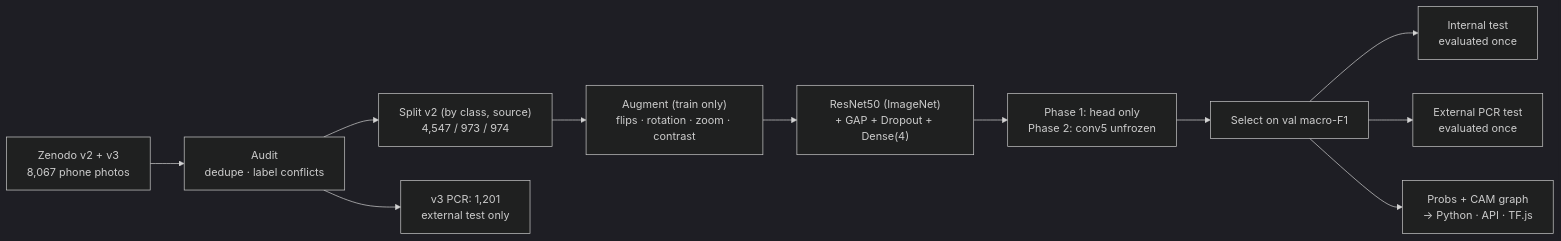
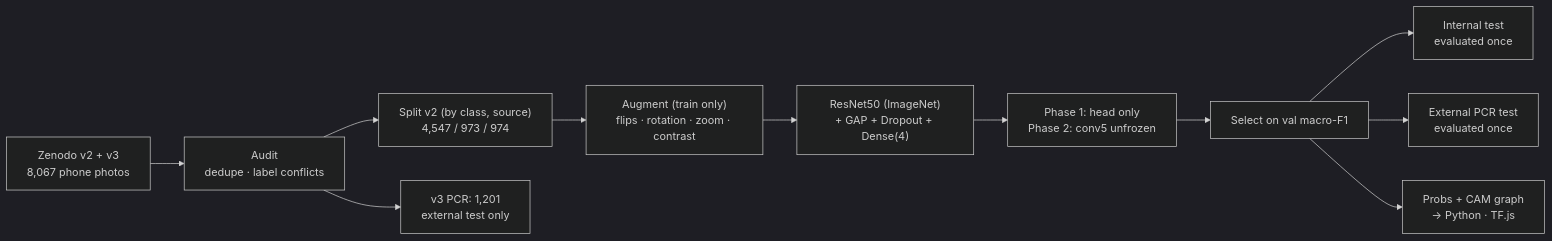
One commit to peerzadarabet1807/poultry-disease-detection changed the first of 2 diagrams in README.md. Above: the diagram before and after it, drawn with Mermaid (dark theme). The commit also changed other lines of this file and 4 other files, not shown here.

````diff
--- a/README.md
+++ b/README.md
@@ -114,13 +114,13 @@
 ```mermaid
 flowchart LR
   A["Zenodo v2 + v3<br/>8,067 phone photos"] --> B["Audit<br/>dedupe · label conflicts"]
   B --> C["Split v2 (by class, source)<br/>4,547 / 973 / 974"]
   B --> X["v3 PCR: 1,201<br/>external test only"]
   C --> D["Augment (train only)<br/>flips · rotation · zoom · contrast"]
   D --> E["ResNet50 (ImageNet)<br/>+ GAP + Dropout + Dense(4)"]
   E --> F["Phase 1: head only<br/>Phase 2: conv5 unfrozen"]
   F --> G["Select on val macro-F1"]
   G --> H["Internal test<br/>evaluated once"]
   G --> I["External PCR test<br/>evaluated once"]
-  G --> J["Probs + CAM graph<br/>→ Python · API · TF.js"]
+  G --> J["Probs + CAM graph<br/>→ Python · TF.js"]
 ```
````
